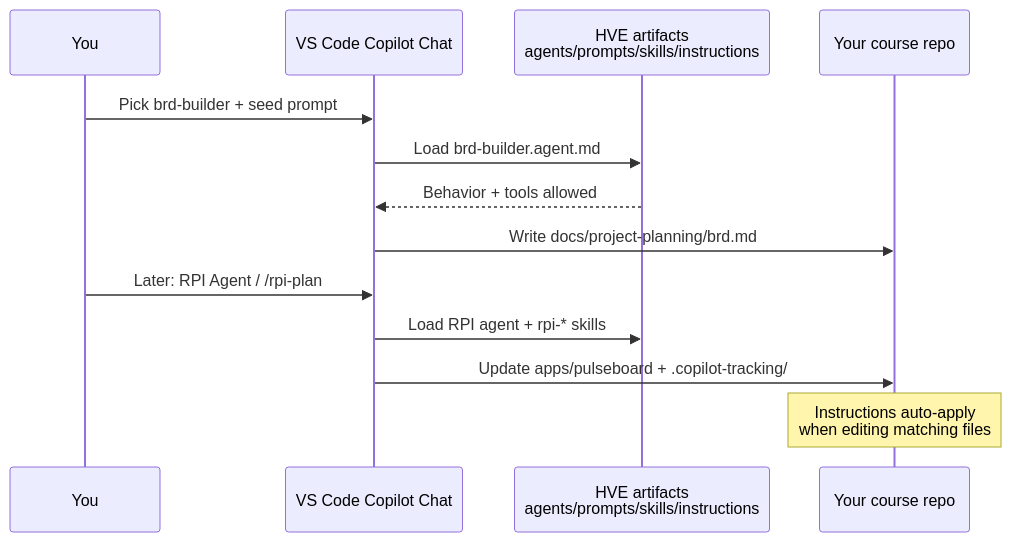
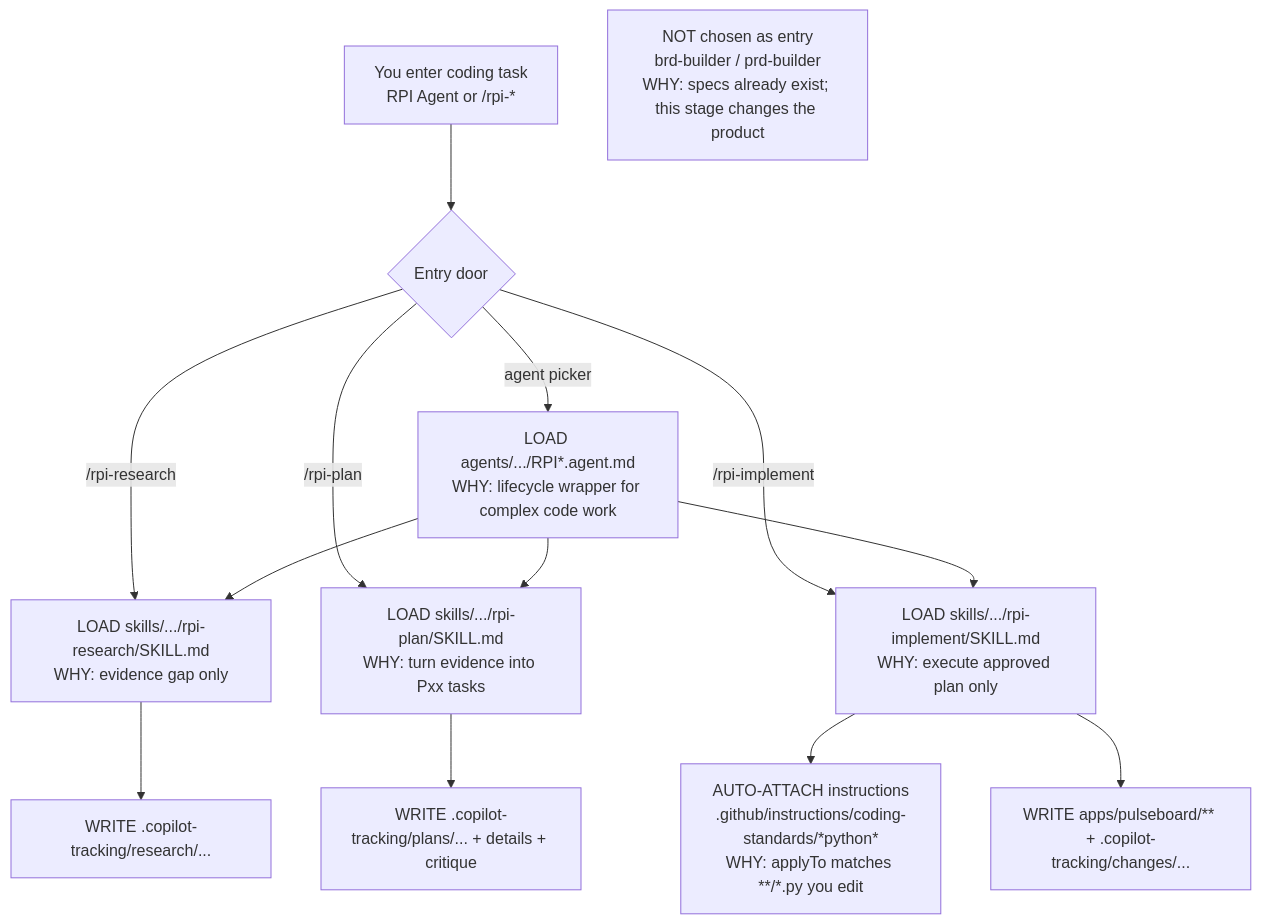
One commit to AbhranilGit/HVE-Core-Course changed the seventh of 11 diagrams in docs/course/agent-stage-map.md. Above: the diagram before and after it, drawn with Mermaid. The commit also changed other lines of this file, not shown here.

First line of the commit message:
Rewrite HVE architecture as per-stage prompt file-selection flows

````diff
--- a/docs/course/agent-stage-map.md
+++ b/docs/course/agent-stage-map.md
@@ -441,17 +499,19 @@
 ```mermaid
-sequenceDiagram
-    participant You
-    participant Copilot as VS Code Copilot Chat
-    participant Artifacts as HVE artifacts<br/>agents/prompts/skills/instructions
-    participant Repo as Your course repo
+flowchart TD
+    U["You enter coding task<br/>RPI Agent or /rpi-* "] --> ENTRY{"Entry door"}
+    ENTRY -->|agent picker| RA["LOAD agents/.../RPI*.agent.md<br/>WHY: lifecycle wrapper for complex code work"]
+    ENTRY -->|/rpi-research| S1["LOAD skills/.../rpi-research/SKILL.md<br/>WHY: evidence gap only"]
+    ENTRY -->|/rpi-plan| S2["LOAD skills/.../rpi-plan/SKILL.md<br/>WHY: turn evidence into Pxx tasks"]
+    ENTRY -->|/rpi-implement| S3["LOAD skills/.../rpi-implement/SKILL.md<br/>WHY: execute approved plan only"]
 
-    You->>Copilot: Pick brd-builder + seed prompt
-    Copilot->>Artifacts: Load brd-builder.agent.md
-    Artifacts-->>Copilot: Behavior + tools allowed
-    Copilot->>Repo: Write docs/project-planning/brd.md
+    RA --> S1
+    RA --> S2
+    RA --> S3
 
-    You->>Copilot: Later: RPI Agent / /rpi-plan
-    Copilot->>Artifacts: Load RPI agent + rpi-* skills
-    Copilot->>Repo: Update apps/pulseboard + .copilot-tracking/
-    Note over Repo: Instructions auto-apply<br/>when editing matching files
+    S3 --> INST["AUTO-ATTACH instructions<br/>.github/instructions/coding-standards/*python*<br/>WHY: applyTo matches **/*.py you edit"]
+    S1 --> TR["WRITE .copilot-tracking/research/..."]
+    S2 --> TP["WRITE .copilot-tracking/plans/... + details + critique"]
+    S3 --> TC["WRITE apps/pulseboard/** + .copilot-tracking/changes/..."]
+
+    X["NOT chosen as entry<br/>brd-builder / prd-builder<br/>WHY: specs already exist; this stage changes the product"]
 ```
````
